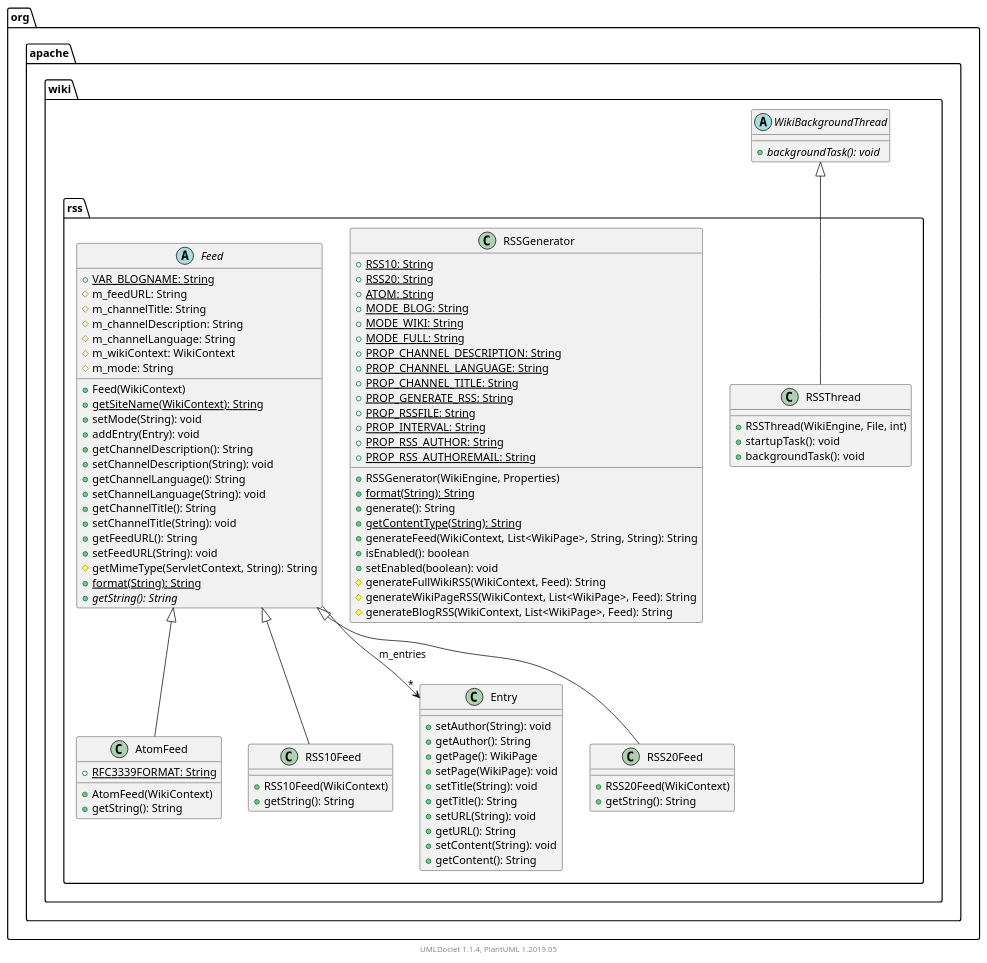
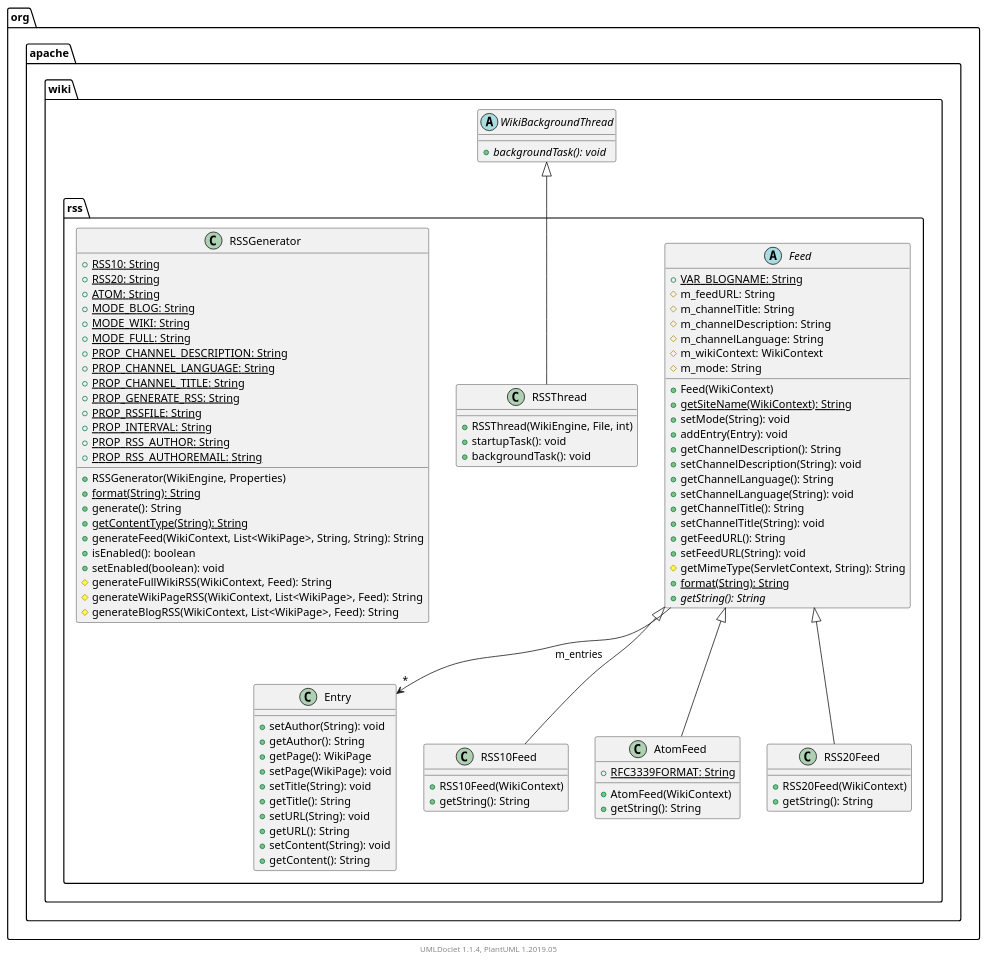
One commit to apache/jspwiki-site changed the diagram in apidocs/2.11.0.M7-SNAPSHOT/org/apache/wiki/rss/package.puml. Above: the diagram before and after it, drawn with PlantUML. The commit also changed other lines of this file and 1696 other files, not shown here.

```diff
--- a/apidocs/2.11.0.M7-SNAPSHOT/org/apache/wiki/rss/package.puml
+++ b/apidocs/2.11.0.M7-SNAPSHOT/org/apache/wiki/rss/package.puml
@@ -1,109 +1,109 @@
 @startuml
 
     namespace org.apache.wiki.rss {
+
+        class Entry [[Entry.html]] {
+            +setAuthor(String): void
+            +getAuthor(): String
+            +getPage(): WikiPage
+            +setPage(WikiPage): void
+            +setTitle(String): void
+            +getTitle(): String
+            +setURL(String): void
+            +getURL(): String
+            +setContent(String): void
+            +getContent(): String
+        }
+
+        class RSS10Feed [[RSS10Feed.html]] {
+            +RSS10Feed(WikiContext)
+            +getString(): String
+        }
+
+        abstract class Feed [[Feed.html]] {
+            {static} +VAR_BLOGNAME: String
+            #m_feedURL: String
+            #m_channelTitle: String
+            #m_channelDescription: String
+            #m_channelLanguage: String
+            #m_wikiContext: WikiContext
+            #m_mode: String
+            +Feed(WikiContext)
+            {static} +getSiteName(WikiContext): String
+            +setMode(String): void
+            +addEntry(Entry): void
+            +getChannelDescription(): String
+            +setChannelDescription(String): void
+            +getChannelLanguage(): String
+            +setChannelLanguage(String): void
+            +getChannelTitle(): String
+            +setChannelTitle(String): void
+            +getFeedURL(): String
+            +setFeedURL(String): void
+            #getMimeType(ServletContext, String): String
+            {static} +format(String): String
+            {abstract} +getString(): String
+        }
 
         class RSSThread [[RSSThread.html]] {
             +RSSThread(WikiEngine, File, int)
             +startupTask(): void
             +backgroundTask(): void
         }
 
         class RSSGenerator [[RSSGenerator.html]] {
             {static} +RSS10: String
             {static} +RSS20: String
             {static} +ATOM: String
             {static} +MODE_BLOG: String
             {static} +MODE_WIKI: String
             {static} +MODE_FULL: String
             {static} +PROP_CHANNEL_DESCRIPTION: String
             {static} +PROP_CHANNEL_LANGUAGE: String
             {static} +PROP_CHANNEL_TITLE: String
             {static} +PROP_GENERATE_RSS: String
             {static} +PROP_RSSFILE: String
             {static} +PROP_INTERVAL: String
             {static} +PROP_RSS_AUTHOR: String
             {static} +PROP_RSS_AUTHOREMAIL: String
             +RSSGenerator(WikiEngine, Properties)
             {static} +format(String): String
             +generate(): String
             {static} +getContentType(String): String
             +generateFeed(WikiContext, List<WikiPage>, String, String): String
             +isEnabled(): boolean
             +setEnabled(boolean): void
             #generateFullWikiRSS(WikiContext, Feed): String
             #generateWikiPageRSS(WikiContext, List<WikiPage>, Feed): String
             #generateBlogRSS(WikiContext, List<WikiPage>, Feed): String
         }
 
         class AtomFeed [[AtomFeed.html]] {
             {static} +RFC3339FORMAT: String
             +AtomFeed(WikiContext)
             +getString(): String
         }
 
-        abstract class Feed [[Feed.html]] {
-            {static} +VAR_BLOGNAME: String
-            #m_feedURL: String
-            #m_channelTitle: String
-            #m_channelDescription: String
-            #m_channelLanguage: String
-            #m_wikiContext: WikiContext
-            #m_mode: String
-            +Feed(WikiContext)
-            {static} +getSiteName(WikiContext): String
-            +setMode(String): void
-            +addEntry(Entry): void
-            +getChannelDescription(): String
-            +setChannelDescription(String): void
-            +getChannelLanguage(): String
-            +setChannelLanguage(String): void
-            +getChannelTitle(): String
-            +setChannelTitle(String): void
-            +getFeedURL(): String
-            +setFeedURL(String): void
-            #getMimeType(ServletContext, String): String
-            {static} +format(String): String
-            {abstract} +getString(): String
-        }
-
-        class RSS10Feed [[RSS10Feed.html]] {
-            +RSS10Feed(WikiContext)
-            +getString(): String
-        }
-
-        class Entry [[Entry.html]] {
-            +setAuthor(String): void
-            +getAuthor(): String
-            +getPage(): WikiPage
-            +setPage(WikiPage): void
-            +setTitle(String): void
-            +getTitle(): String
-            +setURL(String): void
-            +getURL(): String
-            +setContent(String): void
-            +getContent(): String
-        }
-
         class RSS20Feed [[RSS20Feed.html]] {
             +RSS20Feed(WikiContext)
             +getString(): String
         }
+
+        Feed <|-- RSS10Feed
 
         abstract class org.apache.wiki.WikiBackgroundThread {
             {abstract} +backgroundTask(): void
         }
         org.apache.wiki.WikiBackgroundThread <|-- RSSThread
 
         Feed <|-- AtomFeed
-
-        Feed <|-- RSS10Feed
 
         Feed <|-- RSS20Feed
 
         Feed --> "*" Entry: m_entries
 
     }
 
 
     center footer UMLDoclet 1.1.4, PlantUML 1.2019.05
 @enduml
```
